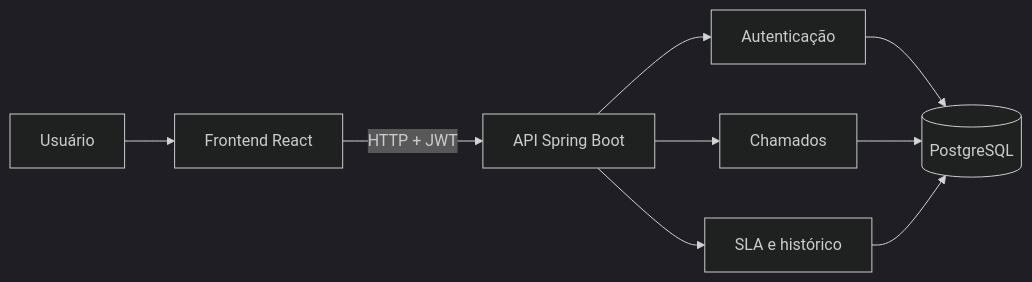
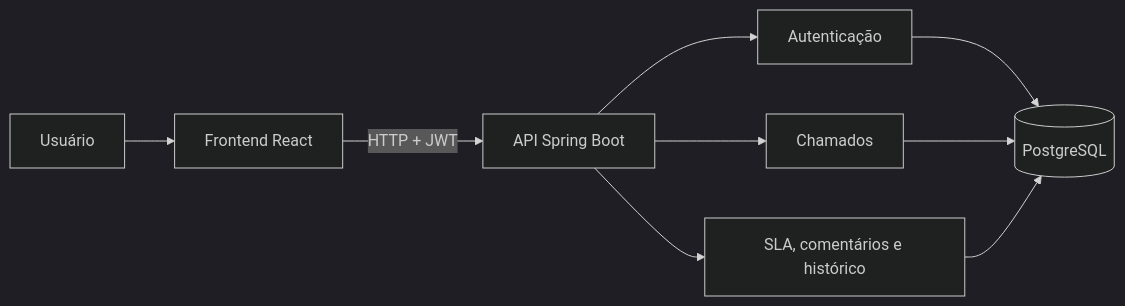
The first of 3 diagrams in docs/arquitetura.md (Silva-D-Romario/Chamados-de-TI), drawn with Mermaid (dark theme) before and after one commit. The commit also changed other lines of this file and 1 other file, not shown here.

Commit message:
docs: documenta comentarios SLA e Swagger

````diff
--- a/docs/arquitetura.md
+++ b/docs/arquitetura.md
@@ -5,11 +5,11 @@
 ```mermaid
 flowchart LR
     U[Usuário] --> F[Frontend React]
     F -->|HTTP + JWT| B[API Spring Boot]
     B --> A[Autenticação]
     B --> C[Chamados]
-    B --> S[SLA e histórico]
+    B --> S[SLA, comentários e histórico]
     A --> P[(PostgreSQL)]
     C --> P
     S --> P
 ```
````
